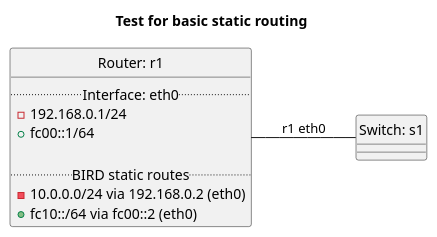
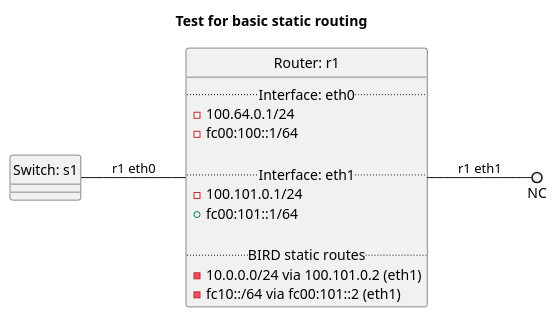
The diagram in tests/10-basic/static/README.md (oscdev-io/birdplan), drawn with PlantUML before and after one commit.

Commit message:
tests/basic: Fixed basic static routing diagram

````diff
--- a/tests/10-basic/static/README.md
+++ b/tests/10-basic/static/README.md
@@ -10,23 +10,28 @@
 ```plantuml
 @startuml
 hide circle
 title Test for basic static routing
 left to right direction
 
 class "Router: r1" {
   .. Interface: eth0 ..
-- 192.168.0.1/24
-+ fc00::1/64
+- 100.64.0.1/24
+- fc00:100::1/64
+
+  .. Interface: eth1 ..
+- 100.101.0.1/24
++ fc00:101::1/64
 
   .. BIRD static routes ..
-- 10.0.0.0/24 via 192.168.0.2 (eth0)
-+ fc10::/64 via fc00::2 (eth0)
+- 10.0.0.0/24 via 100.101.0.2 (eth1)
+- fc10::/64 via fc00:101::2 (eth1)
 }
 
 class "Switch: s1" {}
 
-"Router: r1" -- "Switch: s1": r1 eth0
+"Switch: s1" -- "Router: r1": r1 eth0
+"Router: r1" --() NC: r1 eth1
 
 
 @enduml
 ```
````
